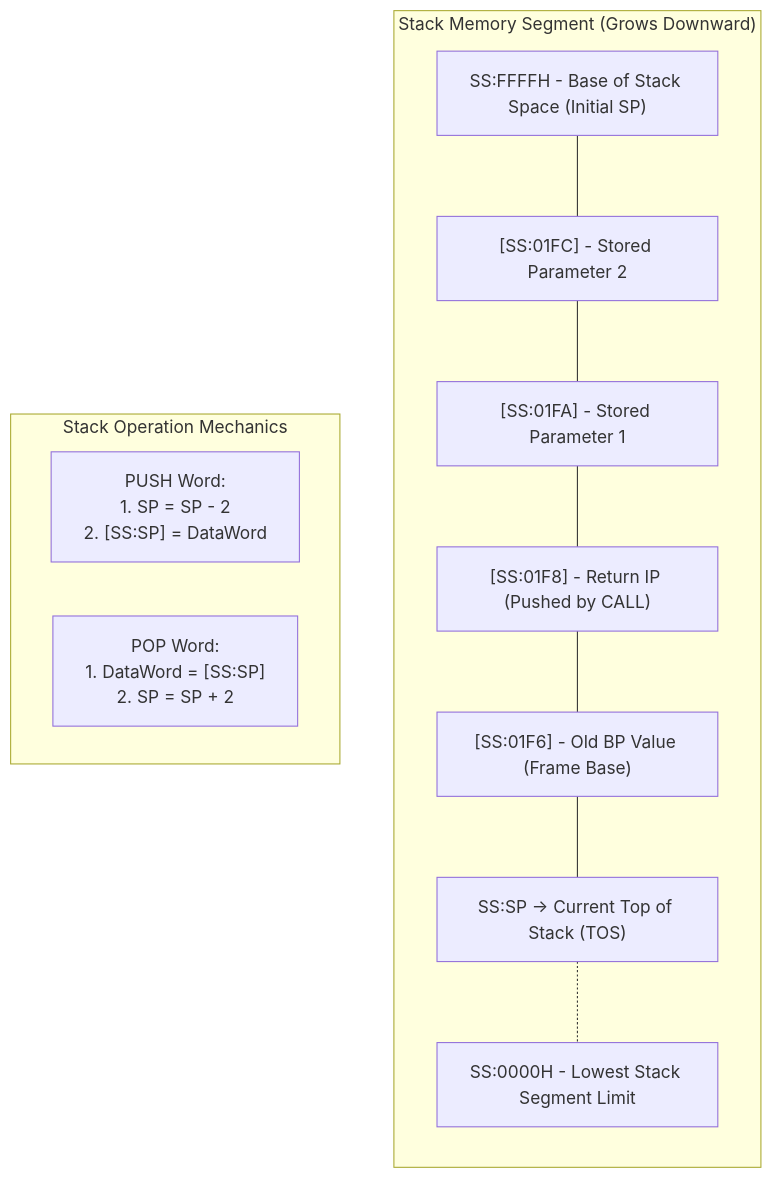
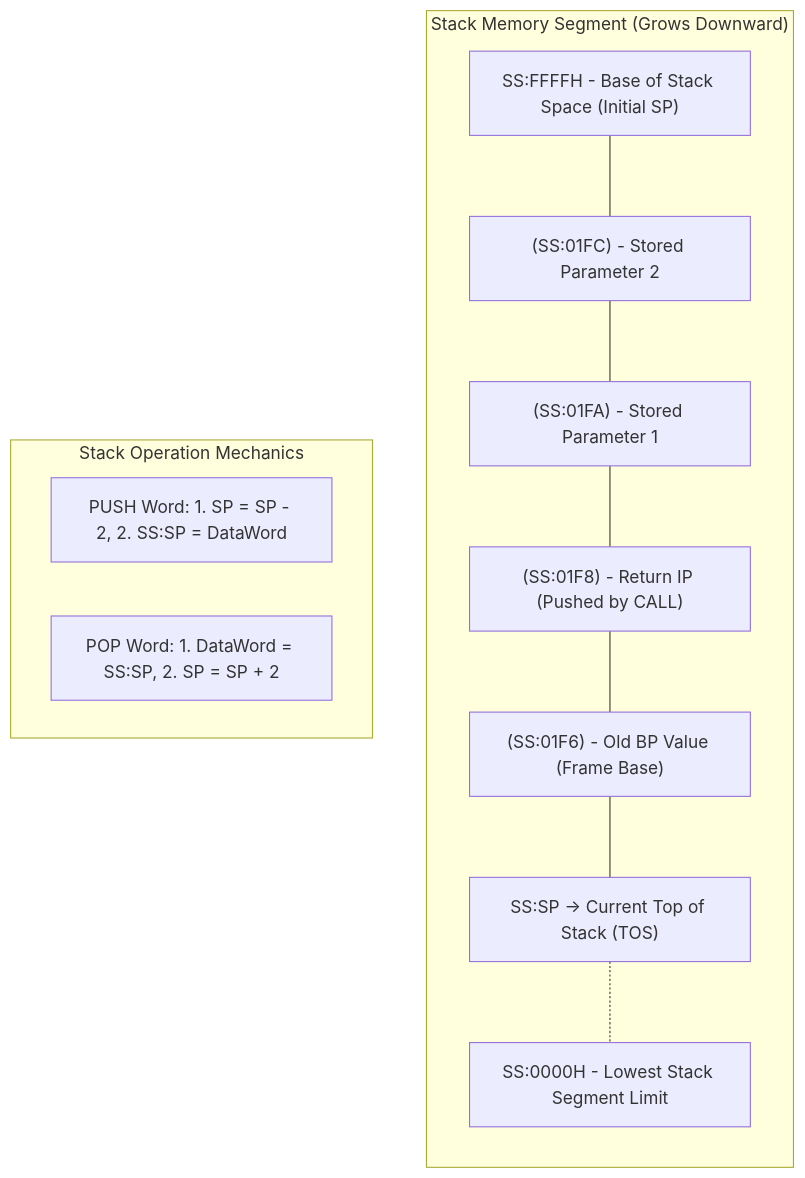
Before and after one commit to DeepLumiere/DeepSkills: the first of 2 diagrams in notes/hardware_and_microprocessors/05_8086_Stack_Operations_and_Modular_Programming.md, drawn with Mermaid. The commit also changed other lines of this file and 56 other files, not shown here.

````diff
--- a/notes/hardware_and_microprocessors/05_8086_Stack_Operations_and_Modular_Programming.md
+++ b/notes/hardware_and_microprocessors/05_8086_Stack_Operations_and_Modular_Programming.md
@@ -57,49 +57,46 @@
 ```mermaid
 
 flowchart TD
 
     subgraph Stack_Physical_Memory["Stack Memory Segment (Grows Downward)"]
 
         direction TB
 
         HighMem["SS:FFFFH - Base of Stack Space (Initial SP)"]
 
-        Data2["[SS:01FC] - Stored Parameter 2"]
+        Data2["(SS:01FC) - Stored Parameter 2"]
 
-        Data1["[SS:01FA] - Stored Parameter 1"]
+        Data1["(SS:01FA) - Stored Parameter 1"]
 
-        RetAddr["[SS:01F8] - Return IP (Pushed by CALL)"]
+        RetAddr["(SS:01F8) - Return IP (Pushed by CALL)"]
 
-        OldBP["[SS:01F6] - Old BP Value (Frame Base)"]
+        OldBP["(SS:01F6) - Old BP Value (Frame Base)"]
 
         TOS["SS:SP -> Current Top of Stack (TOS)"]
 
         LowMem["SS:0000H - Lowest Stack Segment Limit"]
 
         
 
         HighMem --- Data2
 
         Data2 --- Data1
 
         Data1 --- RetAddr
 
         RetAddr --- OldBP
 
         OldBP --- TOS
 
         TOS -.- LowMem
 
     end
 
 
 
     subgraph Operation_Rules["Stack Operation Mechanics"]
-
-        PushRule["PUSH Word:<br>1. SP = SP - 2<br>2. [SS:SP] = DataWord"]
-
-        PopRule["POP Word:<br>1. DataWord = [SS:SP]<br>2. SP = SP + 2"]
-
+        PushRule["PUSH Word: 1. SP = SP - 2, 2. SS:SP = DataWord"]
+        PopRule["POP Word: 1. DataWord = SS:SP, 2. SP = SP + 2"]
     end
 
 ```
````
